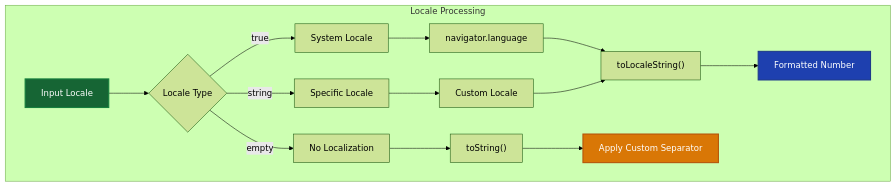
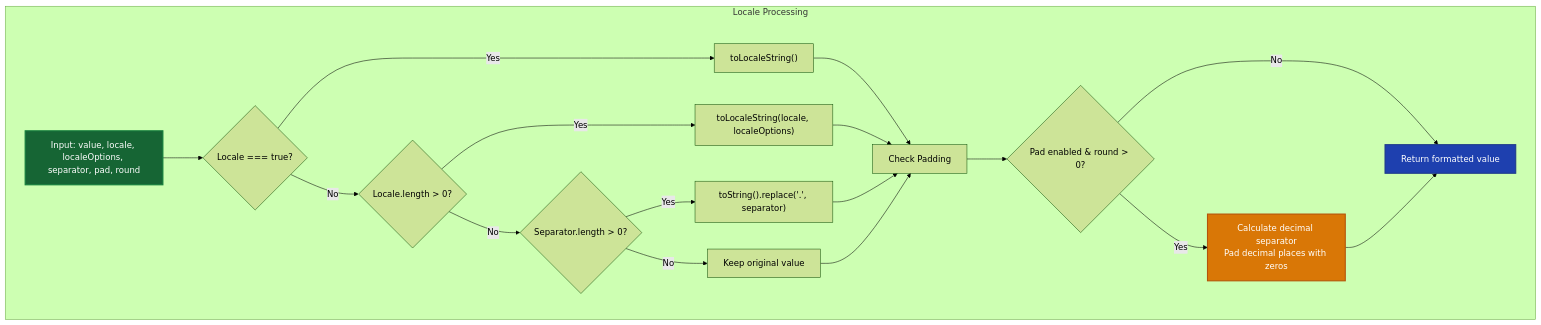
Before and after one commit to avoidwork/filesize.js: the sixth of 7 diagrams in docs/TECHNICAL_DOCUMENTATION.md, drawn with Mermaid (forest theme). The commit also changed other lines of this file and 16 other files, not shown here.

````diff
--- a/docs/TECHNICAL_DOCUMENTATION.md
+++ b/docs/TECHNICAL_DOCUMENTATION.md
@@ -755,22 +807,29 @@
 ```mermaid
 graph TB
     subgraph "Locale Processing"
-        A["Input Locale"] --> B{"Locale Type"}
-        B -->|"true"| C["System Locale"]
-        B -->|"string"| D["Specific Locale"]
-        B -->|"empty"| E["No Localization"]
+        A["Input: value, locale, localeOptions, separator, pad, round"] --> B{"Locale === true?"}
+        B -->|"Yes"| C["toLocaleString()"]
+        B -->|"No"| D{"Locale.length > 0?"}
         
-        C --> F["navigator.language"]
-        D --> G["Custom Locale"]
-        F --> H["toLocaleString()"]
-        G --> H
+        D -->|"Yes"| E["toLocaleString(locale, localeOptions)"]
+        D -->|"No"| F{"Separator.length > 0?"}
         
-        H --> I["Formatted Number"]
-        E --> J["toString()"]
-        J --> K["Apply Custom Separator"]
+        F -->|"Yes"| G["toString().replace('.', separator)"]
+        F -->|"No"| H["Keep original value"]
+        
+        C --> I["Check Padding"]
+        E --> I
+        G --> I
+        H --> I
+        
+        I --> J{"Pad enabled & round > 0?"}
+        J -->|"Yes"| K["Calculate decimal separator<br/>Pad decimal places with zeros"]
+        J -->|"No"| L["Return formatted value"]
+        
+        K --> L
     end
     
     style A fill:#166534,stroke:#15803d,stroke-width:2px,color:#ffffff
-    style I fill:#1e40af,stroke:#1e3a8a,stroke-width:2px,color:#ffffff
+    style L fill:#1e40af,stroke:#1e3a8a,stroke-width:2px,color:#ffffff
     style K fill:#d97706,stroke:#b45309,stroke-width:2px,color:#ffffff
 ```
````
